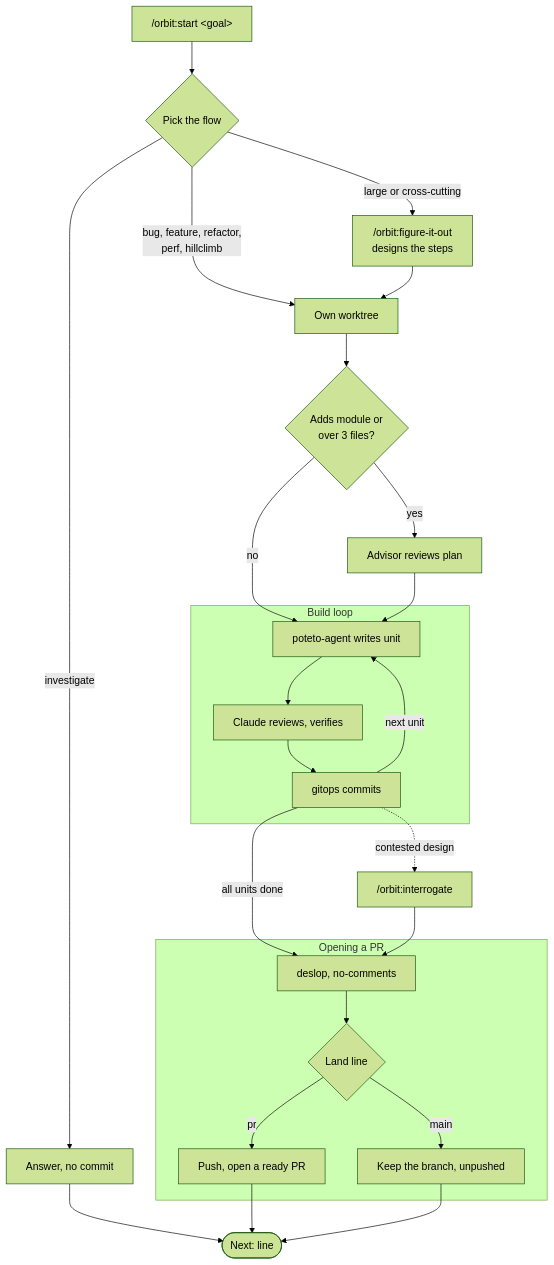
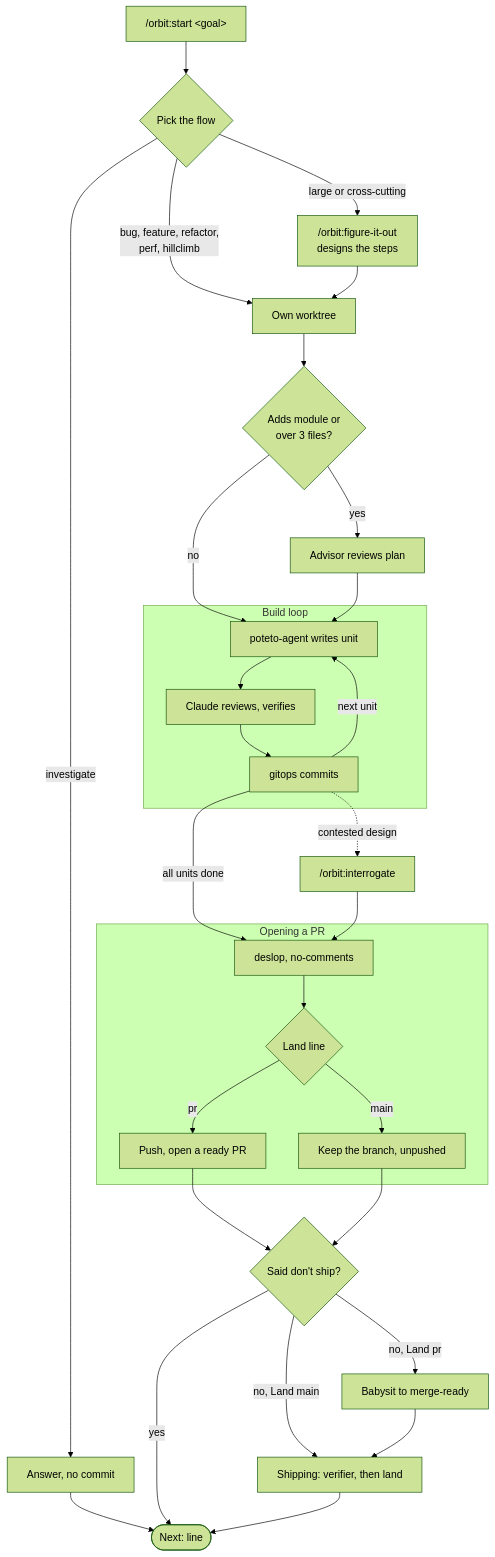
One commit to aayushbtw/orbit changed the first of 2 diagrams in README.md. Above: the diagram before and after it, drawn with Mermaid (forest theme). The commit also changed other lines of this file and 8 other files, not shown here.

Commit message:
feat(orbit): ship by default, "don't ship" opts out

````diff
--- a/README.md
+++ b/README.md
@@ -20,28 +20,33 @@
 ```mermaid
 flowchart TD
     start["/orbit:start &lt;goal&gt;"] --> flow{Pick the flow}
     flow -- investigate --> answer[Answer, no commit]
     answer --> next
     flow -- bug, feature, refactor,<br/>perf, hillclimb --> wt[Own worktree]
     flow -- large or cross-cutting --> fio["/orbit:figure-it-out<br/>designs the steps"]
     fio --> wt
     wt --> big{Adds module or<br/>over 3 files?}
     big -- yes --> advisor[Advisor reviews plan]
     big -- no --> build
     advisor --> build
     subgraph loop [Build loop]
         build[poteto-agent writes unit] --> review[Claude reviews, verifies]
         review --> commit[gitops commits]
         commit -- next unit --> build
     end
     commit -- all units done --> clean
     commit -. contested design .-> interrogate["/orbit:interrogate"]
     interrogate --> clean
     subgraph opr [Opening a PR]
         clean[deslop, no-comments] --> land{Land line}
         land -- pr --> pr[Push, open a ready PR]
         land -- main --> branch[Keep the branch, unpushed]
     end
-    pr --> next([Next: line])
-    branch --> next
+    pr --> optout{Said don't ship?}
+    branch --> optout
+    optout -- yes --> next([Next: line])
+    optout -- "no, Land pr" --> babysit[Babysit to merge-ready]
+    optout -- "no, Land main" --> ship
+    babysit --> ship[Shipping: verifier, then land]
+    ship --> next
 ```
````
